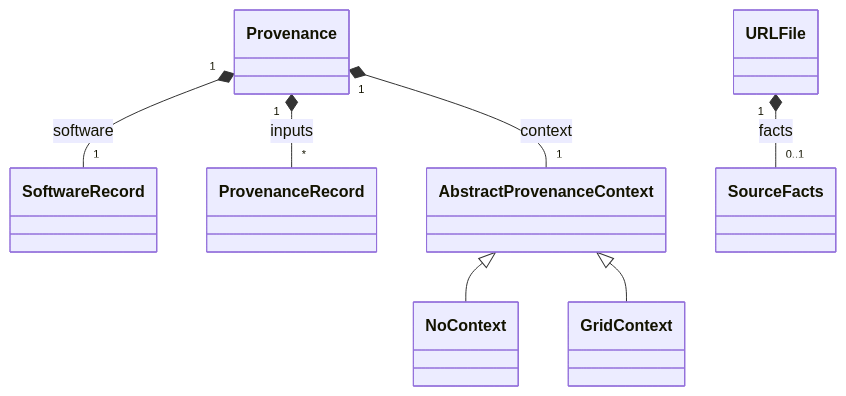
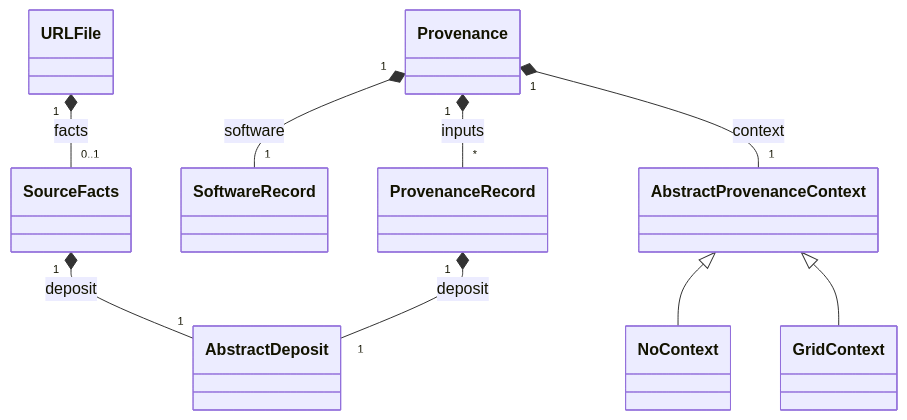
One commit to EcoJulia/EcoSISTEM.jl changed diagram 22 of 24 in data/architecture.md. Above: the diagram before and after it, drawn with Mermaid. The commit also changed other lines of this file and 19 other files, not shown here.

````diff
--- a/data/architecture.md
+++ b/data/architecture.md
@@ -1093,17 +1095,19 @@
 ```mermaid
 classDiagram
     class Provenance
     class SoftwareRecord
     class ProvenanceRecord
     class SourceFacts
     class URLFile
     class AbstractProvenanceContext
     class NoContext
     class GridContext
     Provenance "1" *-- "1" SoftwareRecord : software
     Provenance "1" *-- "*" ProvenanceRecord : inputs
     Provenance "1" *-- "1" AbstractProvenanceContext : context
     URLFile "1" *-- "0..1" SourceFacts : facts
+    SourceFacts "1" *-- "1" AbstractDeposit : deposit
+    ProvenanceRecord "1" *-- "1" AbstractDeposit : deposit
     AbstractProvenanceContext <|-- NoContext
     AbstractProvenanceContext <|-- GridContext
 ```
````
